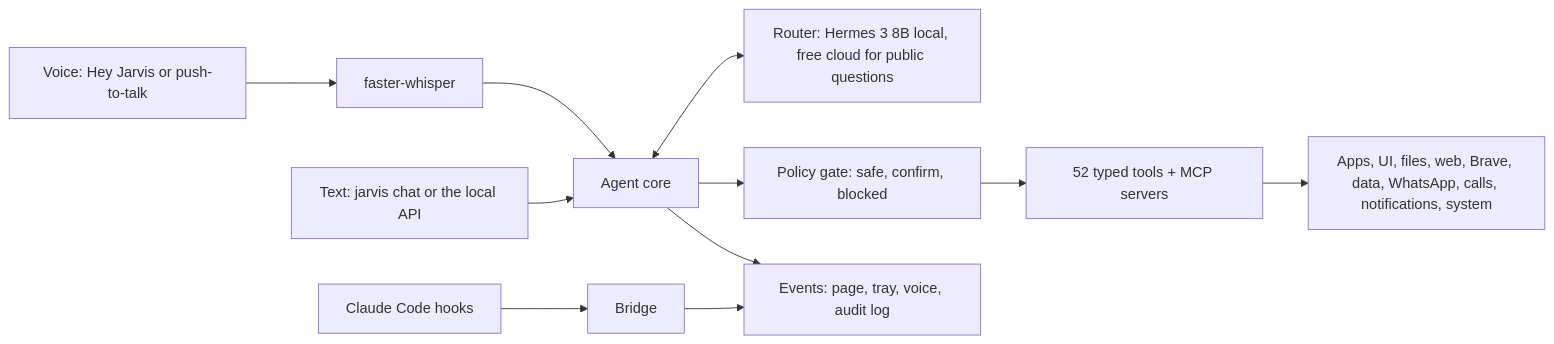
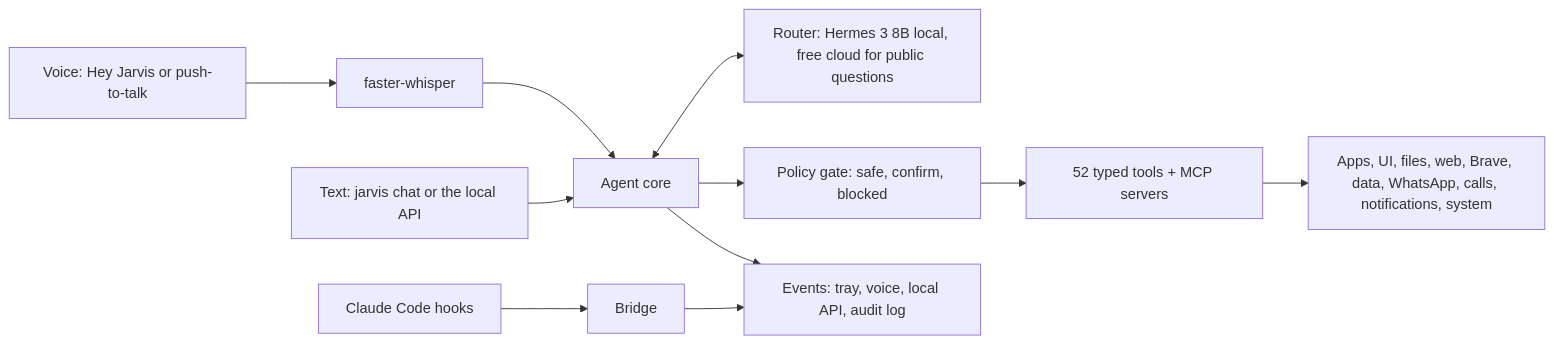
Before and after one commit to PreeyasTumulu/JARVIS: the diagram in README.md, drawn with Mermaid. The commit also changed other lines of this file and 8 other files, not shown here.

````diff
--- a/README.md
+++ b/README.md
@@ -75,12 +76,12 @@
 ```mermaid
 flowchart LR
   V[Voice: Hey Jarvis or push-to-talk] --> STT[faster-whisper]
   STT --> A[Agent core]
   T[Text: jarvis chat or the local API] --> A
   A <--> M[Router: Hermes 3 8B local, free cloud for public questions]
   A --> P[Policy gate: safe, confirm, blocked]
   P --> R[52 typed tools + MCP servers]
   R --> W[Apps, UI, files, web, Brave, data, WhatsApp, calls, notifications, system]
-  A --> E[Events: page, tray, voice, audit log]
+  A --> E[Events: tray, voice, local API, audit log]
   C[Claude Code hooks] --> B[Bridge] --> E
 ```
````
